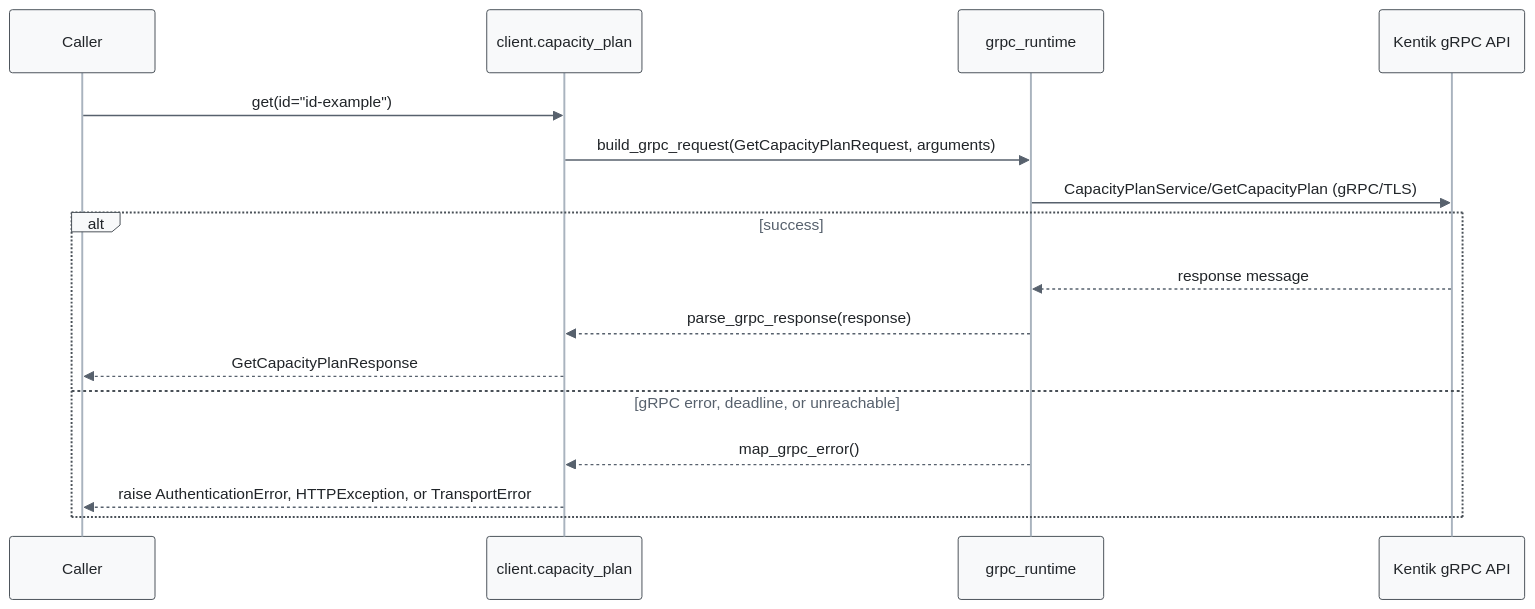
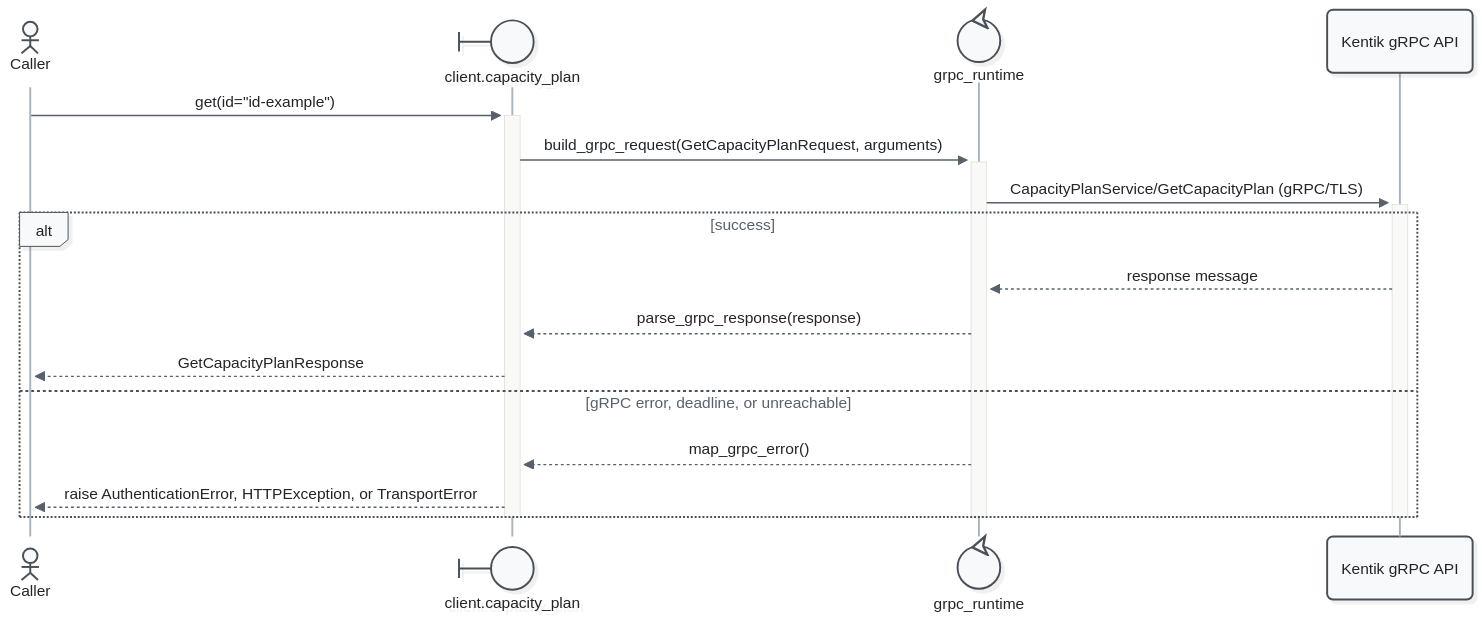
The sixth of 9 diagrams in docs/sphinx/services/capacity_plan.md (alexdearaujo/community_sdk_python), drawn with Mermaid before and after one commit. The commit also changed other lines of this file and 52 other files, not shown here.

First line of the commit message:
docs: Mermaid 12 sequence diagrams with participant types and path colors

````diff
--- a/docs/sphinx/services/capacity_plan.md
+++ b/docs/sphinx/services/capacity_plan.md
@@ -195,20 +207,23 @@
 ```mermaid
-%%{init: {"theme": "base", "fontFamily": "ui-monospace, SFMono-Regular, Menlo, monospace", "themeVariables": {"fontFamily": "ui-monospace, SFMono-Regular, Menlo, monospace", "primaryColor": "#f8f9fa", "primaryBorderColor": "#495057", "primaryTextColor": "#212529", "textColor": "#212529", "lineColor": "#77818c", "edgeLabelBackground": "#ffffff", "actorBkg": "#f8f9fa", "actorBorder": "#495057", "actorTextColor": "#212529", "actorLineColor": "#a9b3be", "signalColor": "#57616d", "signalTextColor": "#212529", "labelBoxBkgColor": "#f8f9fa", "labelBoxBorderColor": "#495057", "labelTextColor": "#212529", "loopTextColor": "#57616d", "noteBkgColor": "#fff9db", "noteBorderColor": "#f08c00", "noteTextColor": "#a35a00"}, "flowchart": {"curve": "step", "nodeSpacing": 30, "rankSpacing": 70, "wrappingWidth": 400}}}%%
+%%{init: {"theme": "redux", "look": "neo", "layout": "dagre", "fontFamily": "ui-monospace, SFMono-Regular, Menlo, monospace", "themeVariables": {"fontFamily": "ui-monospace, SFMono-Regular, Menlo, monospace", "primaryColor": "#f8f9fa", "primaryBorderColor": "#495057", "primaryTextColor": "#212529", "textColor": "#212529", "lineColor": "#77818c", "edgeLabelBackground": "#ffffff", "actorBkg": "#f8f9fa", "actorBorder": "#495057", "actorTextColor": "#212529", "actorLineColor": "#a9b3be", "signalColor": "#57616d", "signalTextColor": "#212529", "labelBoxBkgColor": "#f8f9fa", "labelBoxBorderColor": "#495057", "labelTextColor": "#212529", "loopTextColor": "#57616d", "noteBkgColor": "#fff9db", "noteBorderColor": "#f08c00", "noteTextColor": "#a35a00"}, "sequence": {"activationWidth": 16}, "flowchart": {"curve": "step", "nodeSpacing": 30, "rankSpacing": 70, "wrappingWidth": 400}}}%%
 sequenceDiagram
-    participant C as Caller
-    participant W as client.capacity_plan
-    participant R as grpc_runtime
+    actor C as Caller
+    participant W@{ "type": "boundary" } as client.capacity_plan
+    participant R@{ "type": "control" } as grpc_runtime
     participant API as Kentik gRPC API
 
-    C->>W: get(id="id-example")
-    W->>R: build_grpc_request(GetCapacityPlanRequest, arguments)
-    R->>API: CapacityPlanService/GetCapacityPlan (gRPC/TLS)
+    C->>+W: get(id="id-example")
+    W->>+R: build_grpc_request(GetCapacityPlanRequest, arguments)
+    R->>+API: CapacityPlanService/GetCapacityPlan (gRPC/TLS)
     alt success
         API-->>R: response message
         R-->>W: parse_grpc_response(response)
         W-->>C: GetCapacityPlanResponse
     else gRPC error, deadline, or unreachable
         R-->>W: map_grpc_error()
         W-->>C: raise AuthenticationError, HTTPException, or TransportError
     end
+    deactivate API
+    deactivate R
+    deactivate W
 ```
````
